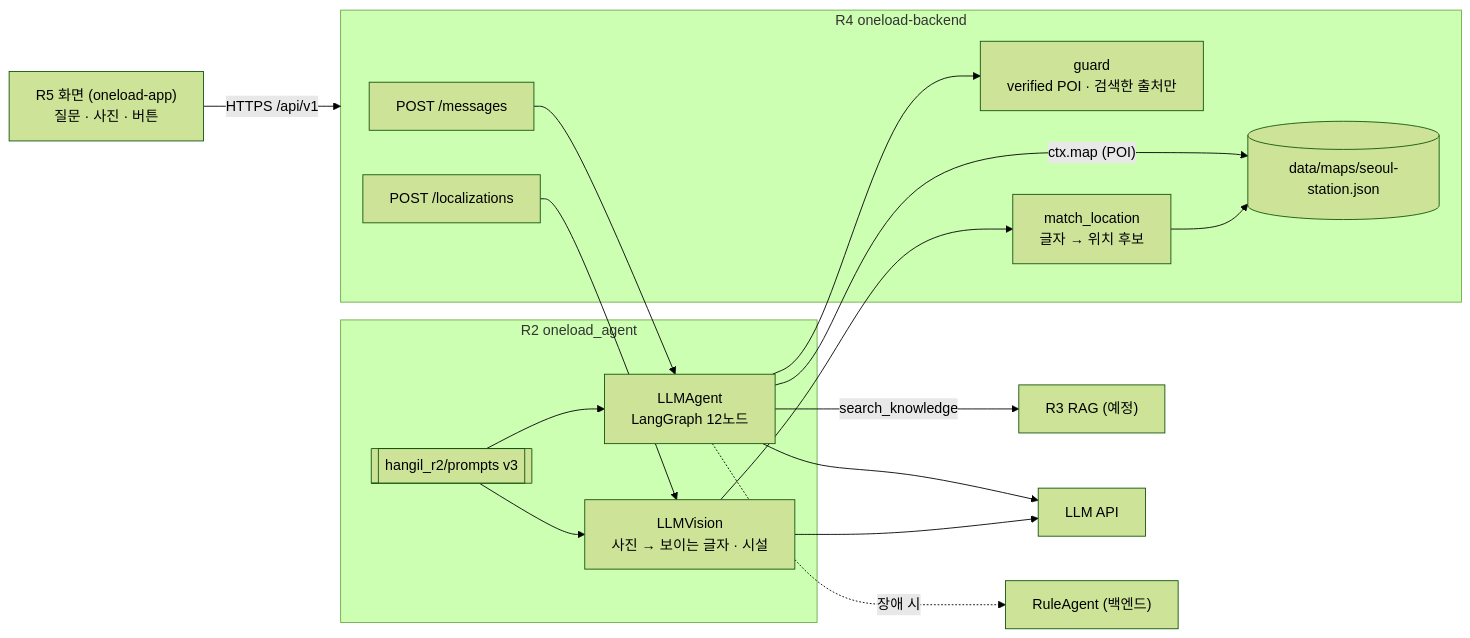
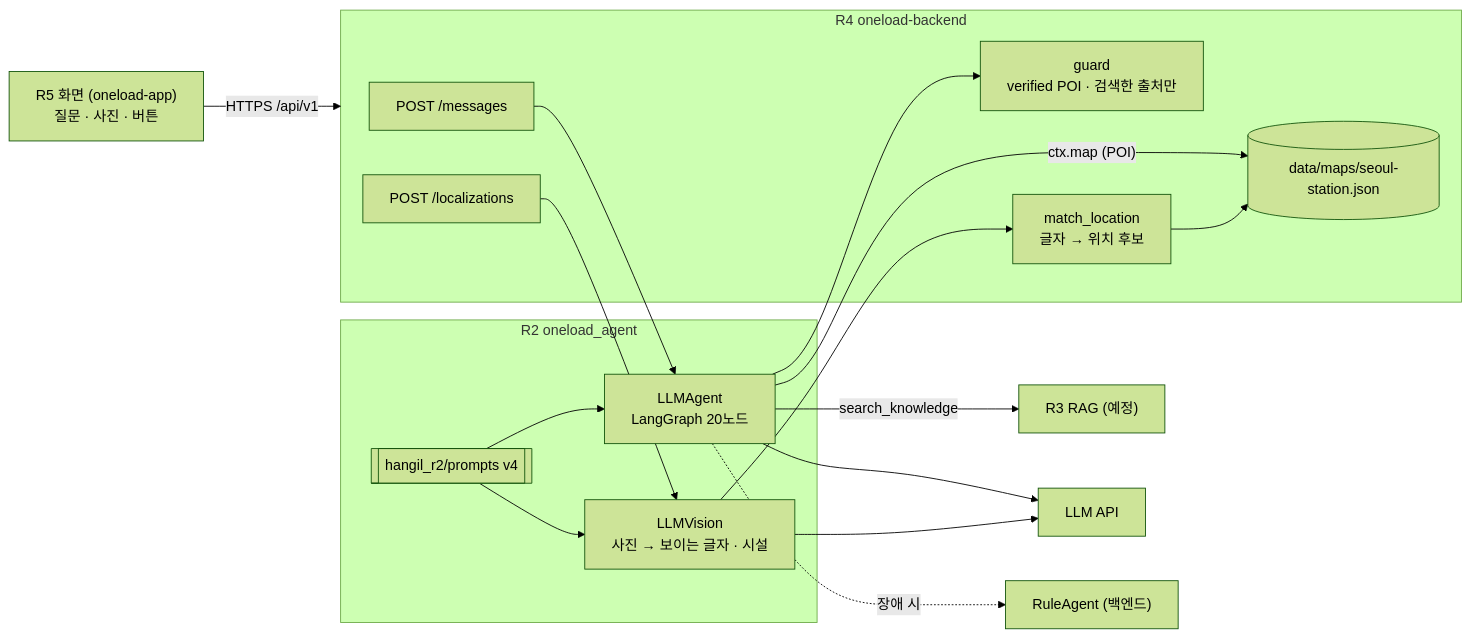
One commit to team-onetruck/oneload_agent changed the diagram in docs/STEP05.md. Above: the diagram before and after it, drawn with Mermaid (forest theme). The commit also changed other lines of this file and 13 other files, not shown here.

Commit message:
Add exit and AREX guidance flows

````diff
--- a/docs/STEP05.md
+++ b/docs/STEP05.md
@@ -8,29 +8,29 @@
 ```mermaid
 flowchart LR
   APP["R5 화면 (oneload-app)<br/>질문 · 사진 · 버튼"] -- "HTTPS /api/v1" --> BE
 
   subgraph BE[R4 oneload-backend]
     MSG["POST /messages"]
     LOC["POST /localizations"]
     GUARD["guard<br/>verified POI · 검색한 출처만"]
     MATCH["match_location<br/>글자 → 위치 후보"]
     MAP[("data/maps/seoul-station.json")]
   end
 
   subgraph R2[R2 oneload_agent]
-    AG["LLMAgent<br/>LangGraph 12노드"]
+    AG["LLMAgent<br/>LangGraph 20노드"]
     VI["LLMVision<br/>사진 → 보이는 글자 · 시설"]
-    PR[["hangil_r2/prompts v3"]]
+    PR[["hangil_r2/prompts v4"]]
   end
 
   MSG --> AG --> GUARD
   LOC --> VI --> MATCH
   AG -- "ctx.map (POI)" --> MAP
   MATCH --> MAP
   AG -- "search_knowledge" --> RAG["R3 RAG (예정)"]
   AG --> LLM["LLM API"]
   VI --> LLM
   PR --> AG
   PR --> VI
   AG -. "장애 시" .-> RULE["RuleAgent (백엔드)"]
 ```
````
